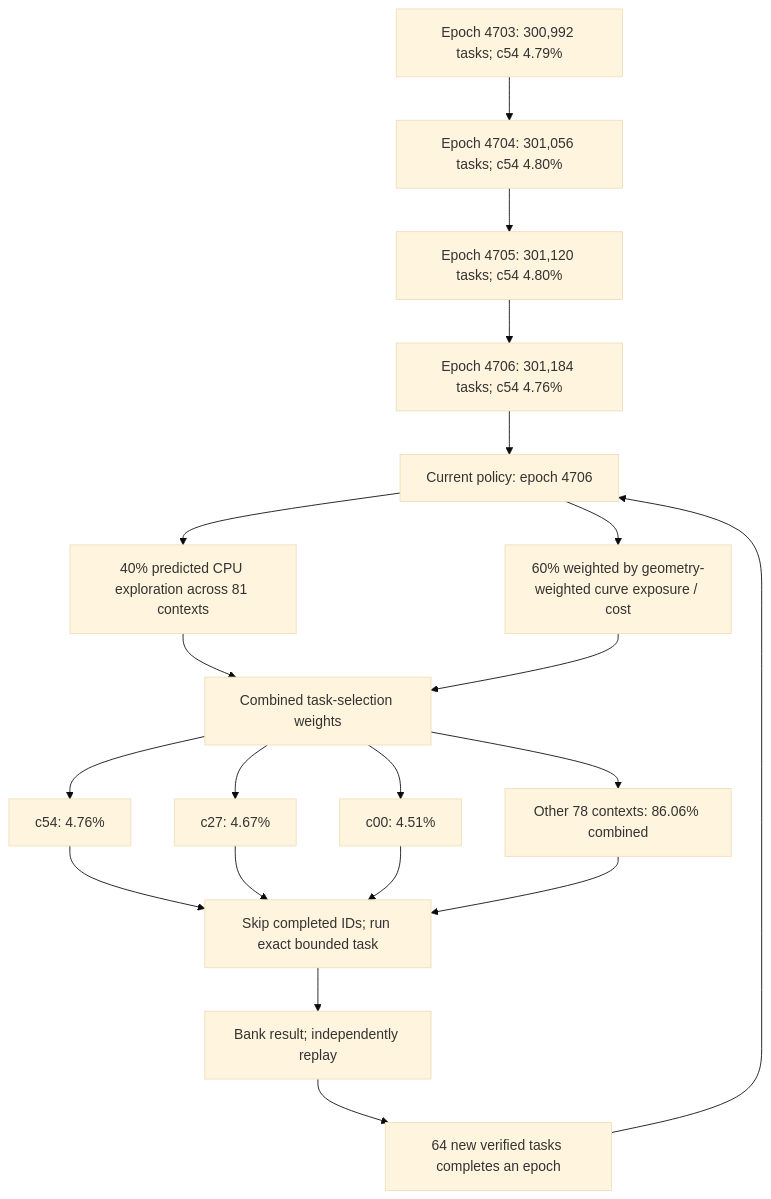
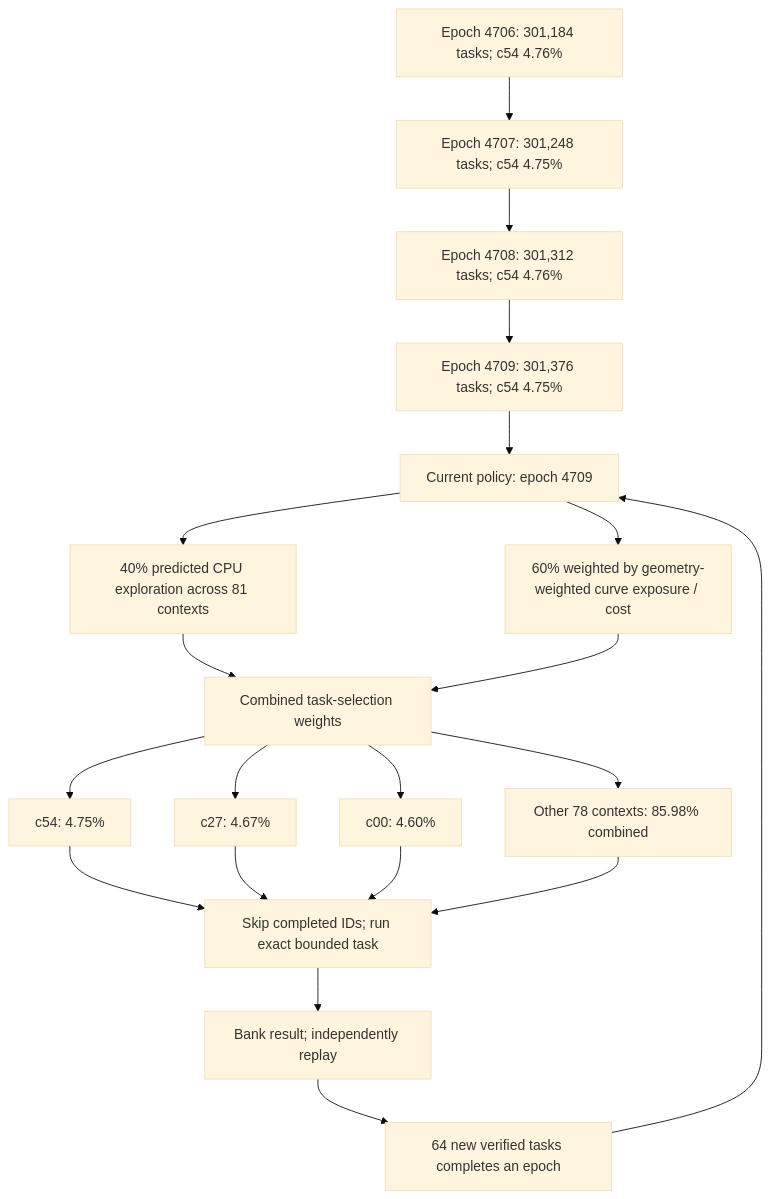
Before and after one commit to Kuberwastaken/math-gambling: the first of 3 diagrams in README.md, drawn with Mermaid (base theme). The commit also changed other lines of this file and 507 other files, not shown here.

````diff
--- a/README.md
+++ b/README.md
@@ -60,27 +60,27 @@
 ```mermaid
 flowchart TD
-    H0["Epoch 4703: 300,992 tasks; c54 4.79%"]
-    H1["Epoch 4704: 301,056 tasks; c54 4.80%"]
+    H0["Epoch 4706: 301,184 tasks; c54 4.76%"]
+    H1["Epoch 4707: 301,248 tasks; c54 4.75%"]
     H0 --> H1
-    H2["Epoch 4705: 301,120 tasks; c54 4.80%"]
+    H2["Epoch 4708: 301,312 tasks; c54 4.76%"]
     H1 --> H2
-    H3["Epoch 4706: 301,184 tasks; c54 4.76%"]
+    H3["Epoch 4709: 301,376 tasks; c54 4.75%"]
     H2 --> H3
-    Policy["Current policy: epoch 4706"]
+    Policy["Current policy: epoch 4709"]
     H3 --> Policy
     Policy --> Explore["40% predicted CPU exploration across 81 contexts"]
     Policy --> Cost["60% weighted by geometry-weighted curve exposure / cost"]
     Explore --> Mix["Combined task-selection weights"]
     Cost --> Mix
-    Mix --> C0["c54: 4.76%"]
+    Mix --> C0["c54: 4.75%"]
     Mix --> C1["c27: 4.67%"]
-    Mix --> C2["c00: 4.51%"]
-    Mix --> Rest["Other 78 contexts: 86.06% combined"]
+    Mix --> C2["c00: 4.60%"]
+    Mix --> Rest["Other 78 contexts: 85.98% combined"]
     C0 --> Check["Skip completed IDs; run exact bounded task"]
     C1 --> Check
     C2 --> Check
     Rest --> Check
     Check --> Replay["Bank result; independently replay"]
     Replay --> Gate["64 new verified tasks completes an epoch"]
     Gate --> Policy
 ```
````
